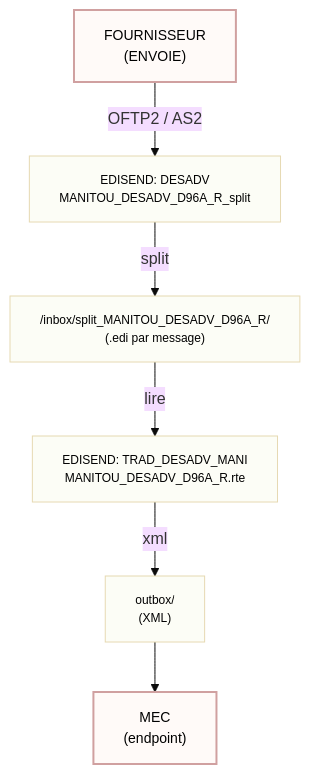
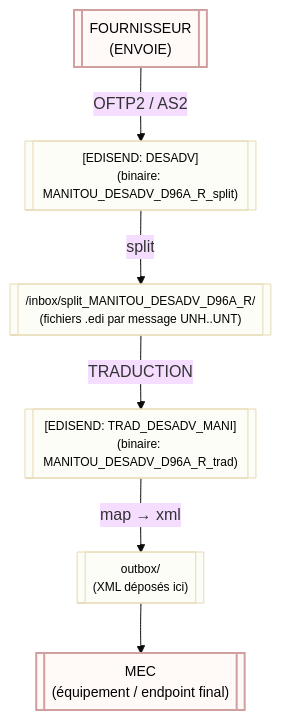
Before and after one commit to HMaPredell/visuel: the diagram in README.md, drawn with Mermaid (base theme). The commit also changed other lines of this file, not shown here.

````diff
--- a/README.md
+++ b/README.md
@@ -54,18 +55,19 @@
 ```mermaid
 flowchart TD
+  %% Large blocks, vertical layout
   classDef bigBlock fill:#fffaf8,stroke:#d0a0a0,stroke-width:2px,color:#000,font-size:14px;
   classDef stepBlock fill:#fcfdf6,stroke:#e6d9b2,stroke-width:1px,color:#000,font-size:12px;
 
-  FOURNISSEUR["FOURNISSEUR\n(ENVOIE)"]:::bigBlock
-  EDISEND_SPLIT["EDISEND: DESADV\nMANITOU_DESADV_D96A_R_split"]:::stepBlock
-  SPLIT_DIR["/inbox/split_MANITOU_DESADV_D96A_R/\n(.edi par message)"]:::stepBlock
-  EDISEND_TRAD["EDISEND: TRAD_DESADV_MANI\nMANITOU_DESADV_D96A_R.rte"]:::stepBlock
-  OUTBOX["outbox/\n(XML)"]:::stepBlock
-  MEC["MEC\n(endpoint)"]:::bigBlock
+   FOURNISSEUR[["FOURNISSEUR<br/>(ENVOIE)<br/>"]]:::bigBlock
+   EDISEND_SPLIT[["[EDISEND: DESADV]<br/>(binaire: MANITOU_DESADV_D96A_R_split)<br/>"]]:::stepBlock
+  SPLIT_DIR[["/inbox/split_MANITOU_DESADV_D96A_R/<br/>(fichiers .edi par message UNH..UNT)"]]:::stepBlock
+   EDISEND_TRAD[["[EDISEND: TRAD_DESADV_MANI]<br/>(binaire: MANITOU_DESADV_D96A_R_trad)<br/>"]]:::stepBlock
+   OUTBOX[["outbox/<br/>(XML déposés ici)"]]:::stepBlock
+   MEC[["MEC<br/>(équipement / endpoint final)"]]:::bigBlock
 
   FOURNISSEUR -->|OFTP2 / AS2| EDISEND_SPLIT
   EDISEND_SPLIT -->|split| SPLIT_DIR
-  SPLIT_DIR -->|lire| EDISEND_TRAD
-  EDISEND_TRAD -->|xml| OUTBOX
+  SPLIT_DIR -->|TRADUCTION| EDISEND_TRAD
+  EDISEND_TRAD -->|map → xml| OUTBOX
   OUTBOX --> MEC
 ```
````
